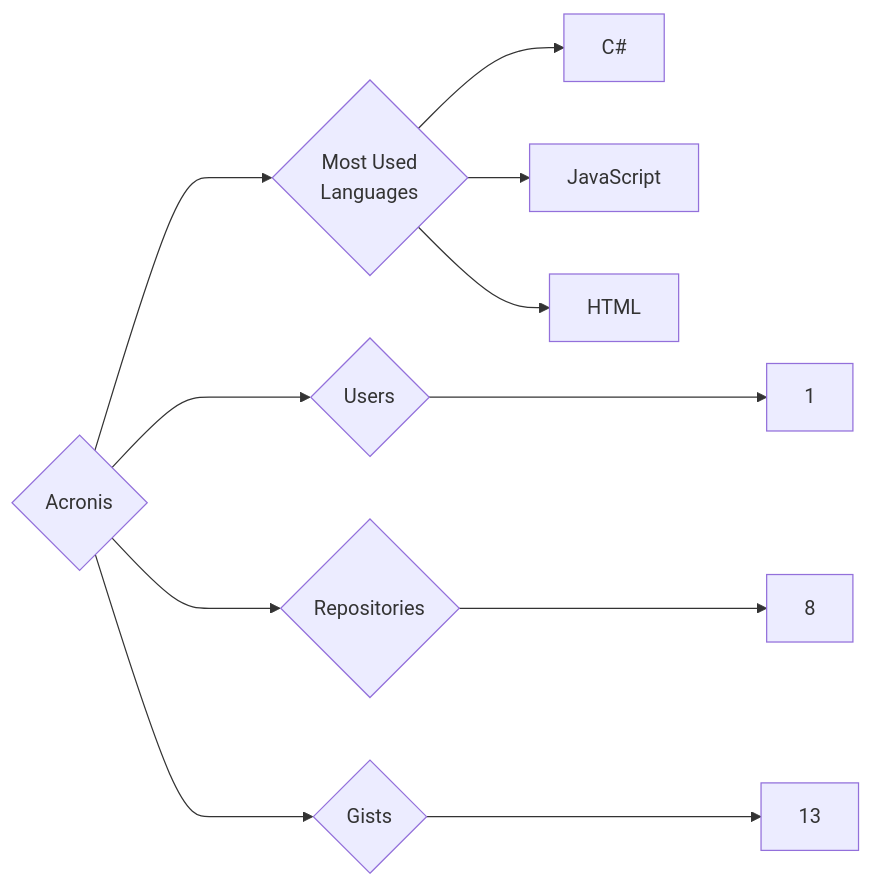
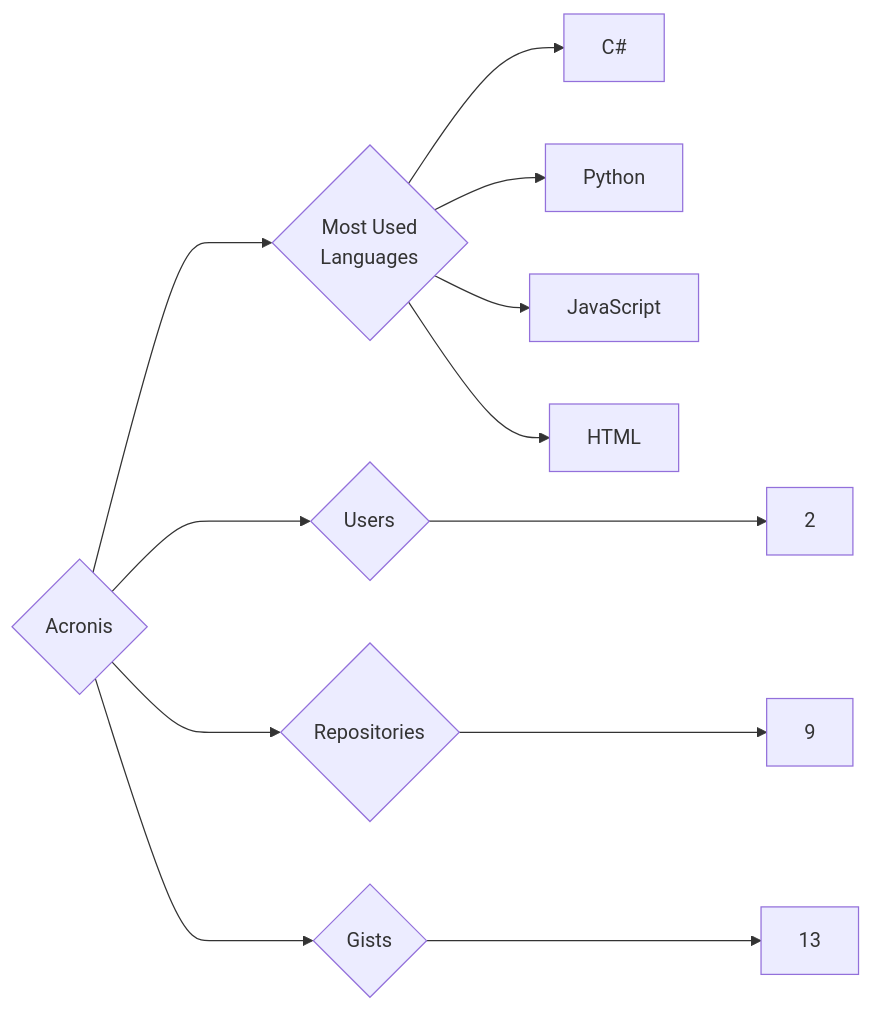
One commit to trickest/insiders changed the diagram in targets/Acronis/README.md. Above: the diagram before and after it, drawn with Mermaid. The commit also changed 715 other files, not shown here.

````diff
--- a/targets/Acronis/README.md
+++ b/targets/Acronis/README.md
@@ -3,11 +3,12 @@
 ```mermaid
 graph LR
 COMPANY_NAME{Acronis}
-COMPANY_NAME ---> U{Users} ---> UN[1]
-COMPANY_NAME ---> R{Repositories} ---> RN[8]
+COMPANY_NAME ---> U{Users} ---> UN[2]
+COMPANY_NAME ---> R{Repositories} ---> RN[9]
 COMPANY_NAME ---> G{Gists} ---> GN[13]
 COMPANY_NAME ---> ML{Most Used<br>Languages}
 ML --> C#[C#]
+ML --> Python[Python]
 ML --> JavaScript[JavaScript]
 ML --> HTML[HTML]
 ```
````
